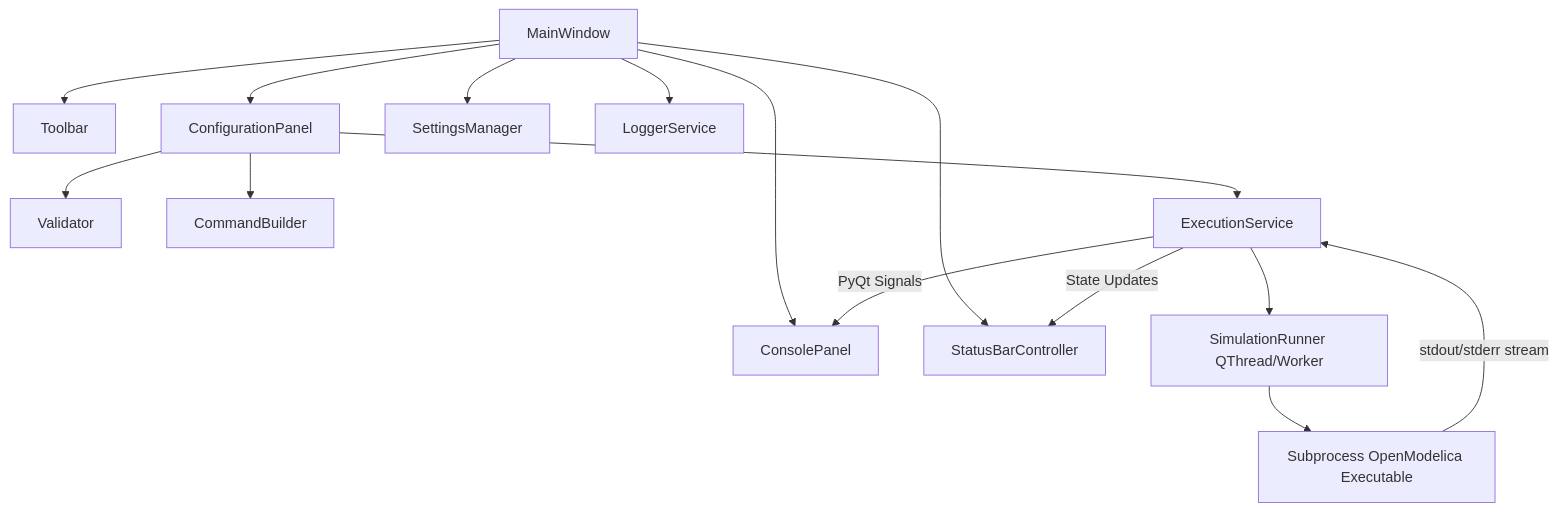
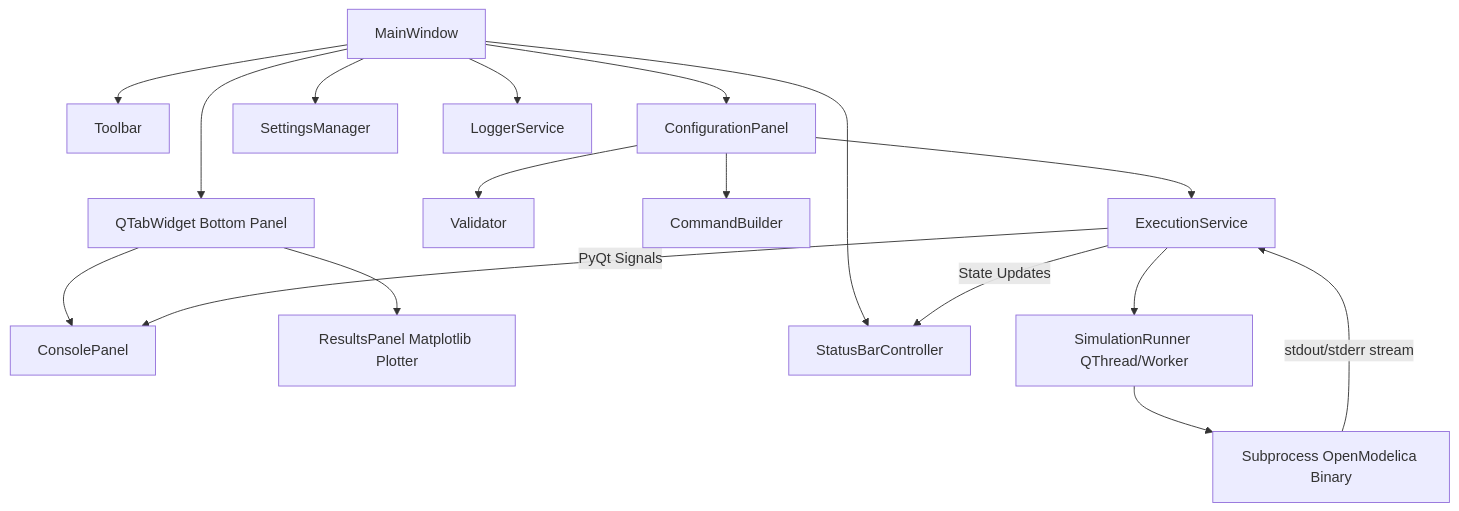
One commit to JojoAArtI/OpenModelica-Simulation-Manager changed the diagram in README.md. Above: the diagram before and after it, drawn with Mermaid. The commit also changed other lines of this file and 21 other files, not shown here.

````diff
--- a/README.md
+++ b/README.md
@@ -24,21 +25,25 @@
 ```mermaid
 graph TD
     A[MainWindow] --> B[Toolbar]
     A --> C[ConfigurationPanel]
-    A --> D[ConsolePanel]
+    A --> D[QTabWidget Bottom Panel]
+    
+    D --> D1[ConsolePanel]
+    D --> D2[ResultsPanel Matplotlib Plotter]
+    
     A --> E[StatusBarController]
     
     C --> F[Validator]
     C --> G[CommandBuilder]
     
     C --> H[ExecutionService]
     H --> I[SimulationRunner QThread/Worker]
-    I --> J[Subprocess OpenModelica Executable]
+    I --> J[Subprocess OpenModelica Binary]
     
     J -- stdout/stderr stream --> H
-    H -- PyQt Signals --> D
+    H -- PyQt Signals --> D1
     H -- State Updates --> E
     
     A --> K[SettingsManager]
     A --> L[LoggerService]
 ```
````
